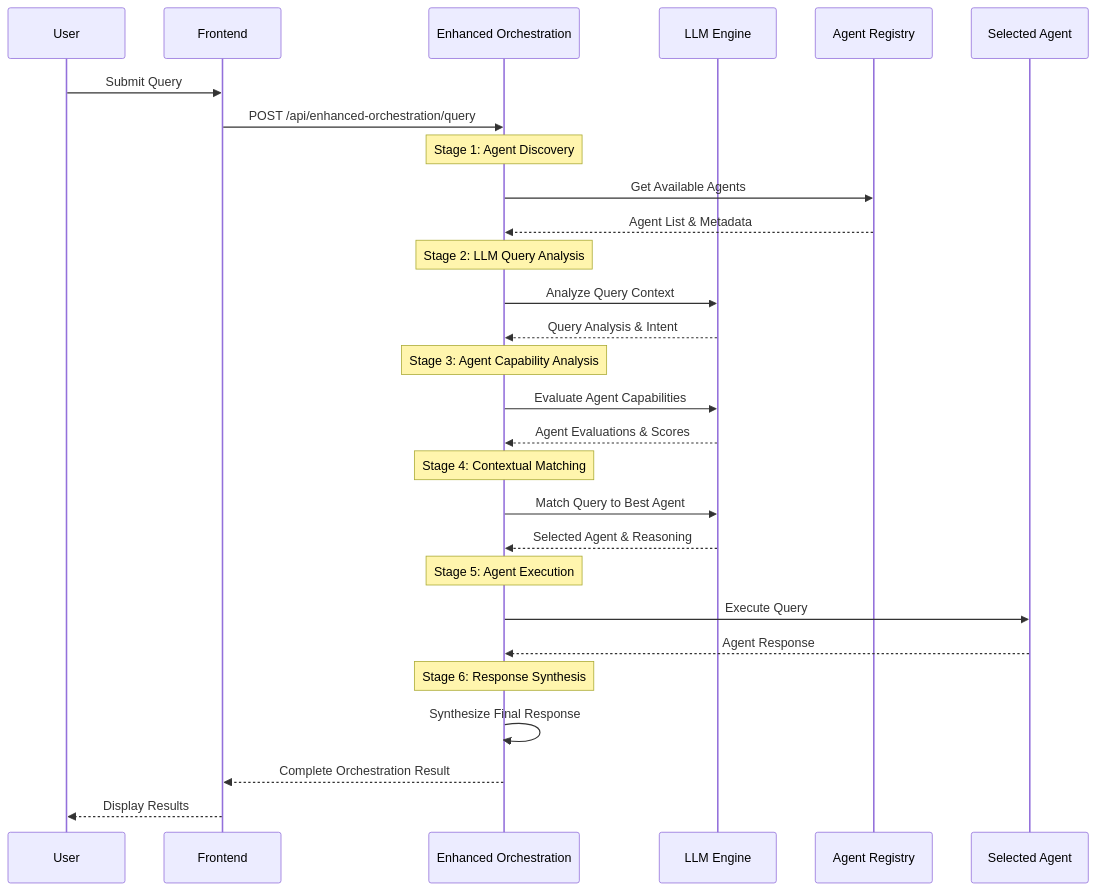
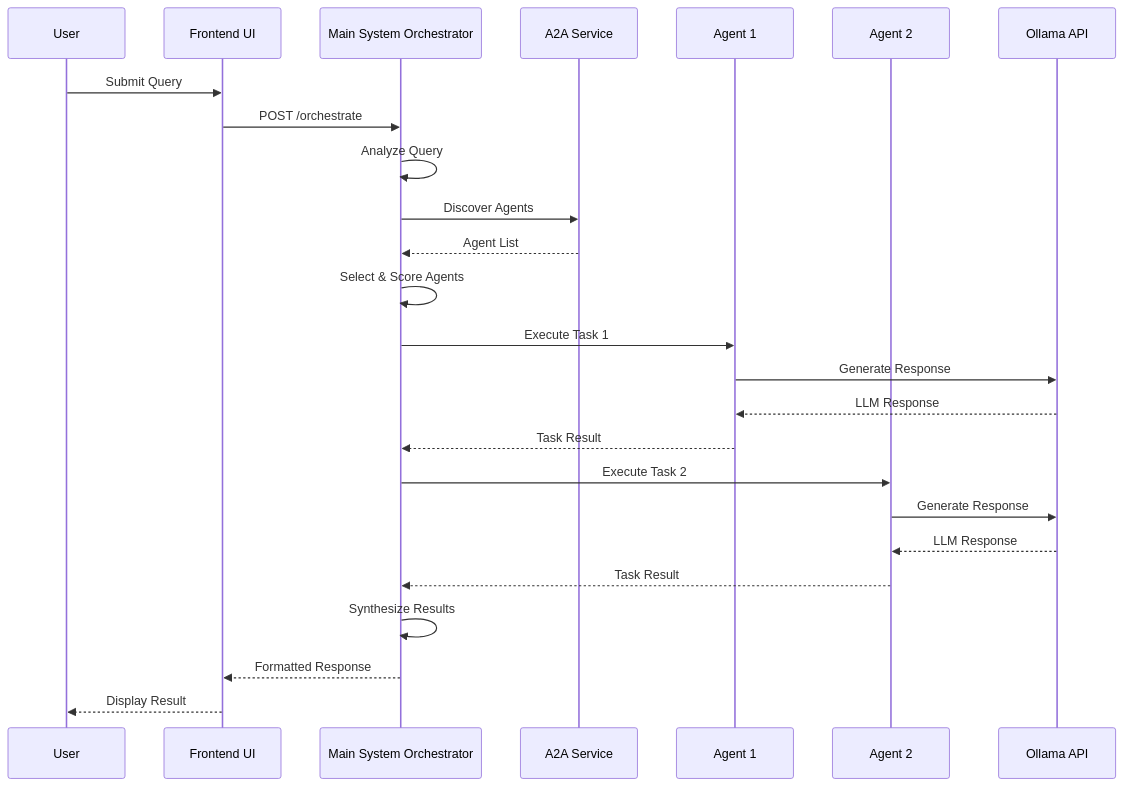
Before and after one commit to ashfrnndz21/AgentOS_Latest_Release: the second of 11 diagrams in ARCHITECTURE.md, drawn with Mermaid. The commit also changed other lines of this file and 174 other files, not shown here.

First line of the commit message:
feat: Enhanced AgentOS Studio Strands v1.1 with comprehensive documentation

````diff
--- a/ARCHITECTURE.md
+++ b/ARCHITECTURE.md
@@ -68,37 +151,28 @@
 ```mermaid
 sequenceDiagram
     participant U as User
-    participant F as Frontend
-    participant E as Enhanced Orchestration
-    participant L as LLM Engine
-    participant A as Agent Registry
-    participant S as Selected Agent
+    participant UI as Frontend UI
+    participant MSO as Main System Orchestrator
+    participant A2A as A2A Service
+    participant AGENT1 as Agent 1
+    participant AGENT2 as Agent 2
+    participant OLLAMA as Ollama API
     
-    U->>F: Submit Query
-    F->>E: POST /api/enhanced-orchestration/query
-    
-    Note over E: Stage 1: Agent Discovery
-    E->>A: Get Available Agents
-    A-->>E: Agent List & Metadata
-    
-    Note over E: Stage 2: LLM Query Analysis
-    E->>L: Analyze Query Context
-    L-->>E: Query Analysis & Intent
-    
-    Note over E: Stage 3: Agent Capability Analysis
-    E->>L: Evaluate Agent Capabilities
-    L-->>E: Agent Evaluations & Scores
-    
-    Note over E: Stage 4: Contextual Matching
-    E->>L: Match Query to Best Agent
-    L-->>E: Selected Agent & Reasoning
-    
-    Note over E: Stage 5: Agent Execution
-    E->>S: Execute Query
-    S-->>E: Agent Response
-    
-    Note over E: Stage 6: Response Synthesis
-    E->>E: Synthesize Final Response
-    E-->>F: Complete Orchestration Result
-    F-->>U: Display Results
+    U->>UI: Submit Query
+    UI->>MSO: POST /orchestrate
+    MSO->>MSO: Analyze Query
+    MSO->>A2A: Discover Agents
+    A2A-->>MSO: Agent List
+    MSO->>MSO: Select & Score Agents
+    MSO->>AGENT1: Execute Task 1
+    AGENT1->>OLLAMA: Generate Response
+    OLLAMA-->>AGENT1: LLM Response
+    AGENT1-->>MSO: Task Result
+    MSO->>AGENT2: Execute Task 2
+    AGENT2->>OLLAMA: Generate Response
+    OLLAMA-->>AGENT2: LLM Response
+    AGENT2-->>MSO: Task Result
+    MSO->>MSO: Synthesize Results
+    MSO-->>UI: Formatted Response
+    UI-->>U: Display Result
 ```
````
